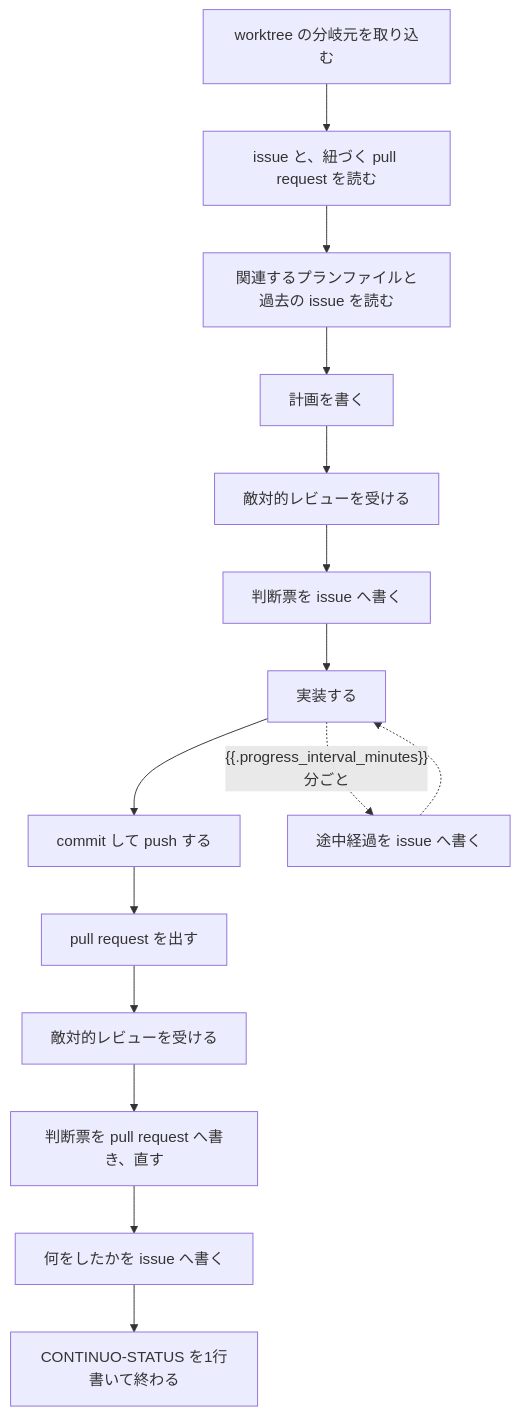
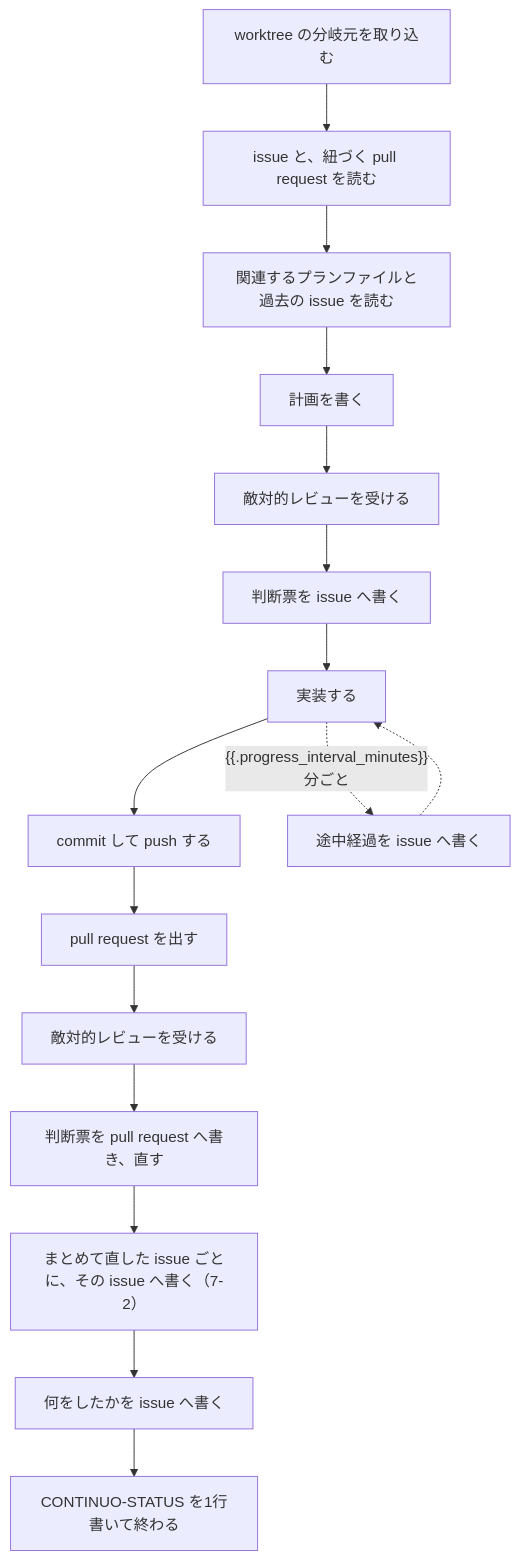
The diagram in internal/prompt/builtin.md (maimuzo/continuo), drawn with Mermaid before and after one commit. The commit also changed other lines of this file and 3 other files, not shown here.

````diff
--- a/internal/prompt/builtin.md
+++ b/internal/prompt/builtin.md
@@ -16,17 +16,18 @@
 ```mermaid
 flowchart TD
     Z["worktree の分岐元を取り込む"] --> A["issue と、紐づく pull request を読む"]
     A --> B["関連するプランファイルと過去の issue を読む"]
     B --> C["計画を書く"]
     C --> D["敵対的レビューを受ける"]
     D --> E["判断票を issue へ書く"]
     E --> F["実装する"]
     F --> G["commit して push する"]
     G --> H["pull request を出す"]
     H --> I["敵対的レビューを受ける"]
     I --> J["判断票を pull request へ書き、直す"]
-    J --> K["何をしたかを issue へ書く"]
+    J --> J2["まとめて直した issue ごとに、その issue へ書く（7-2）"]
+    J2 --> K["何をしたかを issue へ書く"]
     K --> L["CONTINUO-STATUS を1行書いて終わる"]
     F -. "{{.progress_interval_minutes}}分ごと" .-> M["途中経過を issue へ書く"]
     M -.-> F
 ```
````
